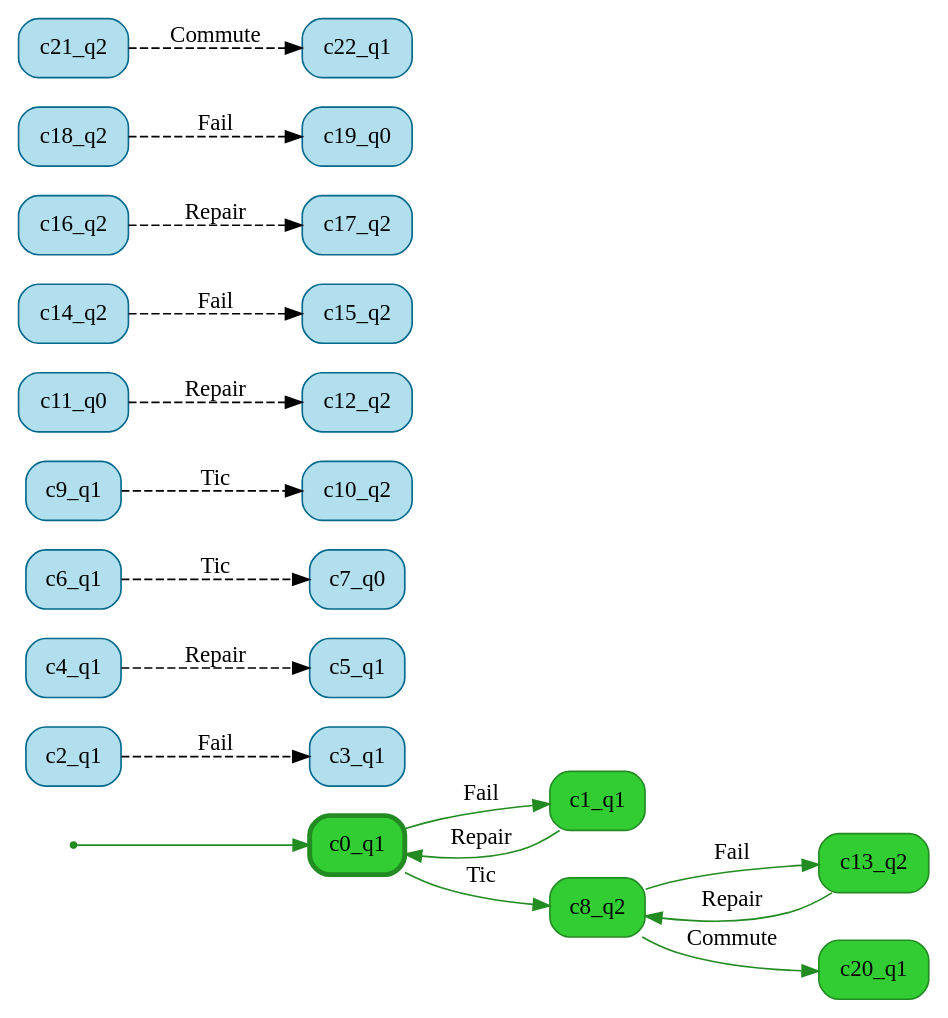
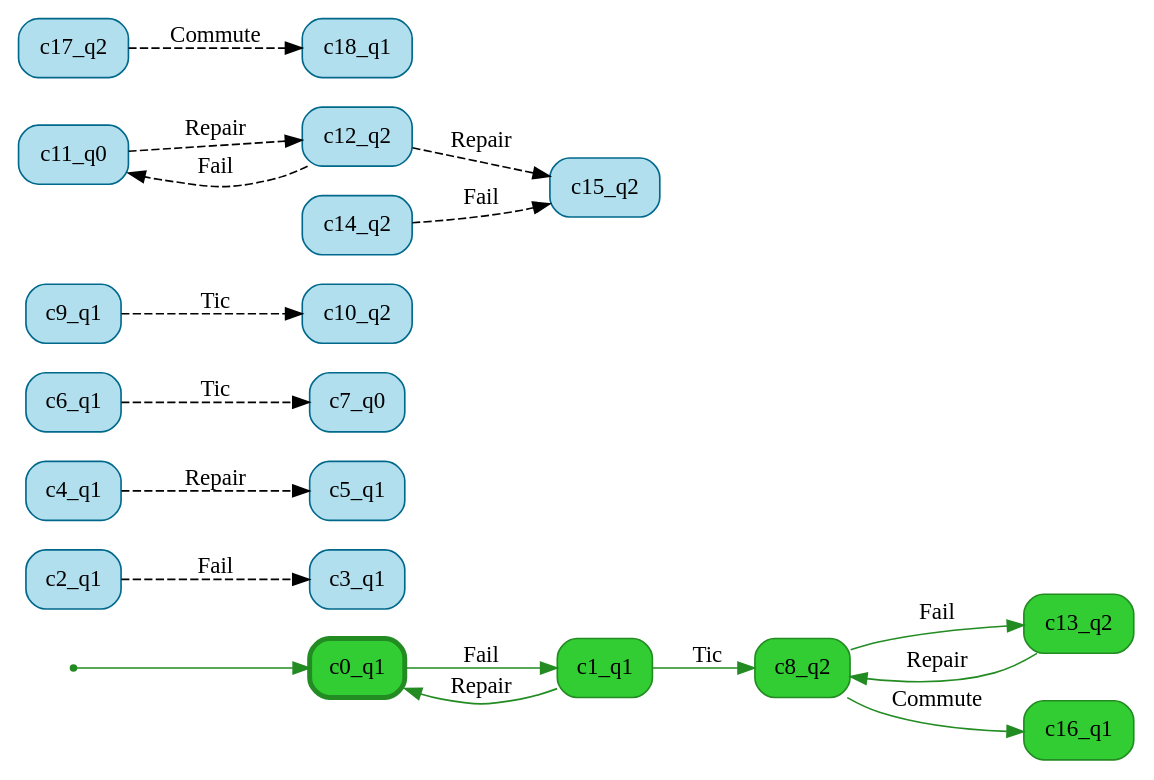
One commit to stratosphr/stratest2 changed the diagram in resources/results/threeBatteries/1_rel/cxp_small.dot. Above: the diagram before and after it, drawn with Graphviz. The commit also changed 174 other files, not shown here.

```diff
--- a/resources/results/threeBatteries/1_rel/cxp_small.dot
+++ b/resources/results/threeBatteries/1_rel/cxp_small.dot
@@ -1,47 +1,43 @@
 digraph g {
 
 	rankdir="LR"
 
 	__invisible__[shape="point", color="forestgreen"]
 	c0_q1[label="c0_q1", shape="box", style="rounded, filled", color="forestgreen", fillcolor="limegreen", penwidth=3] // Initial
 	c1_q1[label="c1_q1", shape="box", style="rounded, filled", color="forestgreen", fillcolor="limegreen"]
 	c8_q2[label="c8_q2", shape="box", style="rounded, filled", color="forestgreen", fillcolor="limegreen"]
 	c13_q2[label="c13_q2", shape="box", style="rounded, filled", color="forestgreen", fillcolor="limegreen"]
-	c20_q1[label="c20_q1", shape="box", style="rounded, filled", color="forestgreen", fillcolor="limegreen"]
+	c16_q1[label="c16_q1", shape="box", style="rounded, filled", color="forestgreen", fillcolor="limegreen"]
 	c2_q1[label="c2_q1", shape="box", style="rounded, filled", color="deepskyblue4", fillcolor="lightblue2"]
 	c3_q1[label="c3_q1", shape="box", style="rounded, filled", color="deepskyblue4", fillcolor="lightblue2"]
 	c4_q1[label="c4_q1", shape="box", style="rounded, filled", color="deepskyblue4", fillcolor="lightblue2"]
 	c5_q1[label="c5_q1", shape="box", style="rounded, filled", color="deepskyblue4", fillcolor="lightblue2"]
 	c6_q1[label="c6_q1", shape="box", style="rounded, filled", color="deepskyblue4", fillcolor="lightblue2"]
 	c7_q0[label="c7_q0", shape="box", style="rounded, filled", color="deepskyblue4", fillcolor="lightblue2"]
 	c9_q1[label="c9_q1", shape="box", style="rounded, filled", color="deepskyblue4", fillcolor="lightblue2"]
 	c10_q2[label="c10_q2", shape="box", style="rounded, filled", color="deepskyblue4", fillcolor="lightblue2"]
 	c11_q0[label="c11_q0", shape="box", style="rounded, filled", color="deepskyblue4", fillcolor="lightblue2"]
 	c12_q2[label="c12_q2", shape="box", style="rounded, filled", color="deepskyblue4", fillcolor="lightblue2"]
 	c14_q2[label="c14_q2", shape="box", style="rounded, filled", color="deepskyblue4", fillcolor="lightblue2"]
 	c15_q2[label="c15_q2", shape="box", style="rounded, filled", color="deepskyblue4", fillcolor="lightblue2"]
-	c16_q2[label="c16_q2", shape="box", style="rounded, filled", color="deepskyblue4", fillcolor="lightblue2"]
 	c17_q2[label="c17_q2", shape="box", style="rounded, filled", color="deepskyblue4", fillcolor="lightblue2"]
-	c18_q2[label="c18_q2", shape="box", style="rounded, filled", color="deepskyblue4", fillcolor="lightblue2"]
-	c19_q0[label="c19_q0", shape="box", style="rounded, filled", color="deepskyblue4", fillcolor="lightblue2"]
-	c21_q2[label="c21_q2", shape="box", style="rounded, filled", color="deepskyblue4", fillcolor="lightblue2"]
-	c22_q1[label="c22_q1", shape="box", style="rounded, filled", color="deepskyblue4", fillcolor="lightblue2"]
+	c18_q1[label="c18_q1", shape="box", style="rounded, filled", color="deepskyblue4", fillcolor="lightblue2"]
 
 	__invisible__ -> c0_q1[color="forestgreen"]
 	c0_q1 -> c1_q1[label="Fail", color="forestgreen"]
 	c1_q1 -> c0_q1[label="Repair", color="forestgreen"]
-	c0_q1 -> c8_q2[label="Tic", color="forestgreen"]
+	c1_q1 -> c8_q2[label="Tic", color="forestgreen"]
 	c8_q2 -> c13_q2[label="Fail", color="forestgreen"]
 	c13_q2 -> c8_q2[label="Repair", color="forestgreen"]
-	c8_q2 -> c20_q1[label="Commute", color="forestgreen"]
+	c8_q2 -> c16_q1[label="Commute", color="forestgreen"]
 	c2_q1 -> c3_q1[label="Fail", color="black", style="dashed"]
 	c4_q1 -> c5_q1[label="Repair", color="black", style="dashed"]
 	c6_q1 -> c7_q0[label="Tic", color="black", style="dashed"]
 	c9_q1 -> c10_q2[label="Tic", color="black", style="dashed"]
 	c11_q0 -> c12_q2[label="Repair", color="black", style="dashed"]
 	c14_q2 -> c15_q2[label="Fail", color="black", style="dashed"]
-	c16_q2 -> c17_q2[label="Repair", color="black", style="dashed"]
-	c18_q2 -> c19_q0[label="Fail", color="black", style="dashed"]
-	c21_q2 -> c22_q1[label="Commute", color="black", style="dashed"]
+	c12_q2 -> c15_q2[label="Repair", color="black", style="dashed"]
+	c12_q2 -> c11_q0[label="Fail", color="black", style="dashed"]
+	c17_q2 -> c18_q1[label="Commute", color="black", style="dashed"]
 
 }
```
